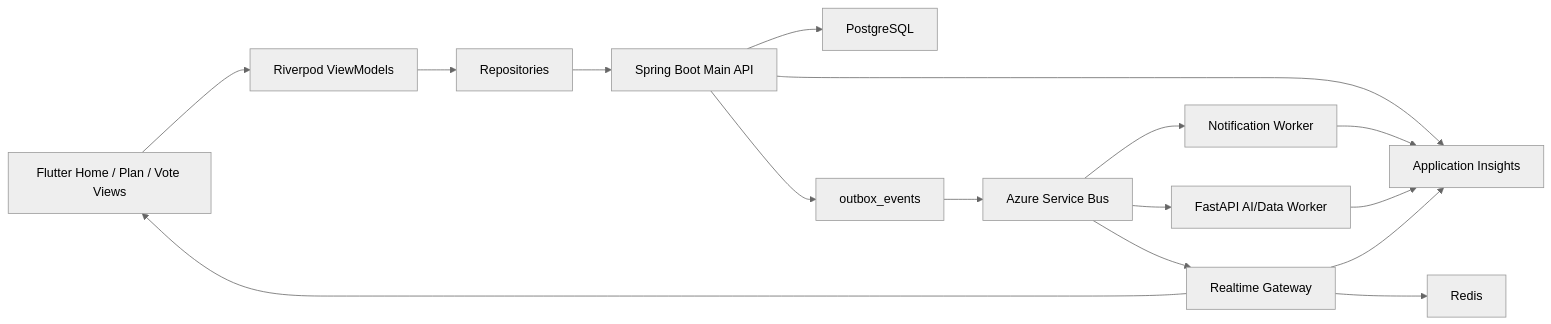
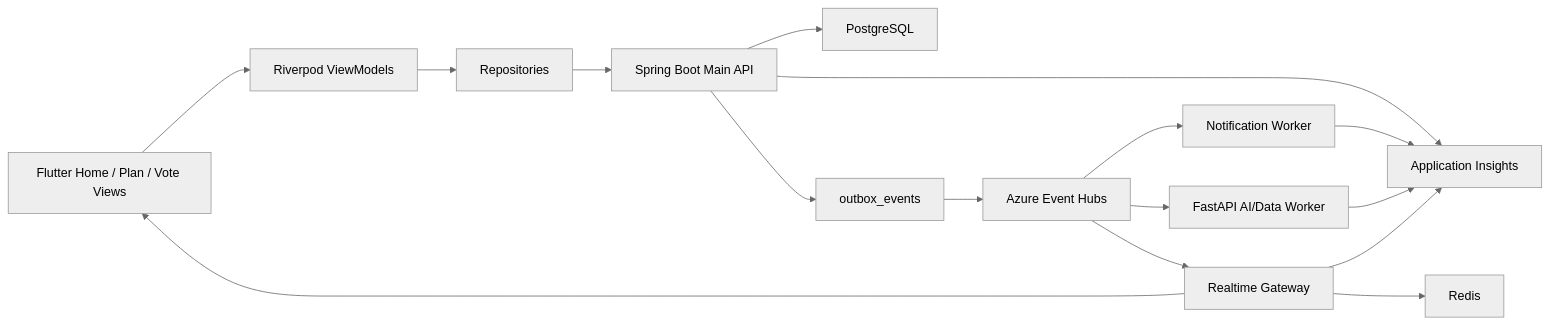
The diagram in docs/architecture/home-plans-vote-architecture.md (Onieum/ONMU), drawn with Mermaid (neutral theme) before and after one commit. The commit also changed other lines of this file and 71 other files, not shown here.

````diff
--- a/docs/architecture/home-plans-vote-architecture.md
+++ b/docs/architecture/home-plans-vote-architecture.md
@@ -100,31 +100,31 @@
 ```mermaid
 flowchart LR
     app["Flutter Home / Plan / Vote Views"]
     vm["Riverpod ViewModels"]
     repo["Repositories"]
     api["Spring Boot Main API"]
     db["PostgreSQL"]
     outbox["outbox_events"]
-    bus["Azure Service Bus"]
+    bus["Azure Event Hubs"]
     realtime["Realtime Gateway"]
     notification["Notification Worker"]
     worker["FastAPI AI/Data Worker"]
     redis["Redis"]
     monitor["Application Insights"]
 
     app --> vm
     vm --> repo
     repo --> api
     api --> db
     api --> outbox
     outbox --> bus
     bus --> notification
     bus --> worker
     bus --> realtime
     realtime --> redis
     realtime --> app
     api --> monitor
     notification --> monitor
     worker --> monitor
     realtime --> monitor
 ```
````
